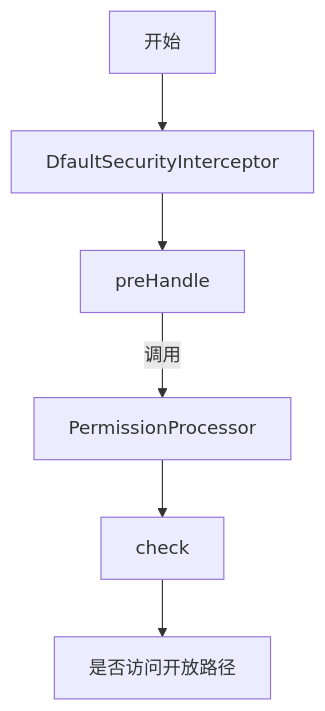
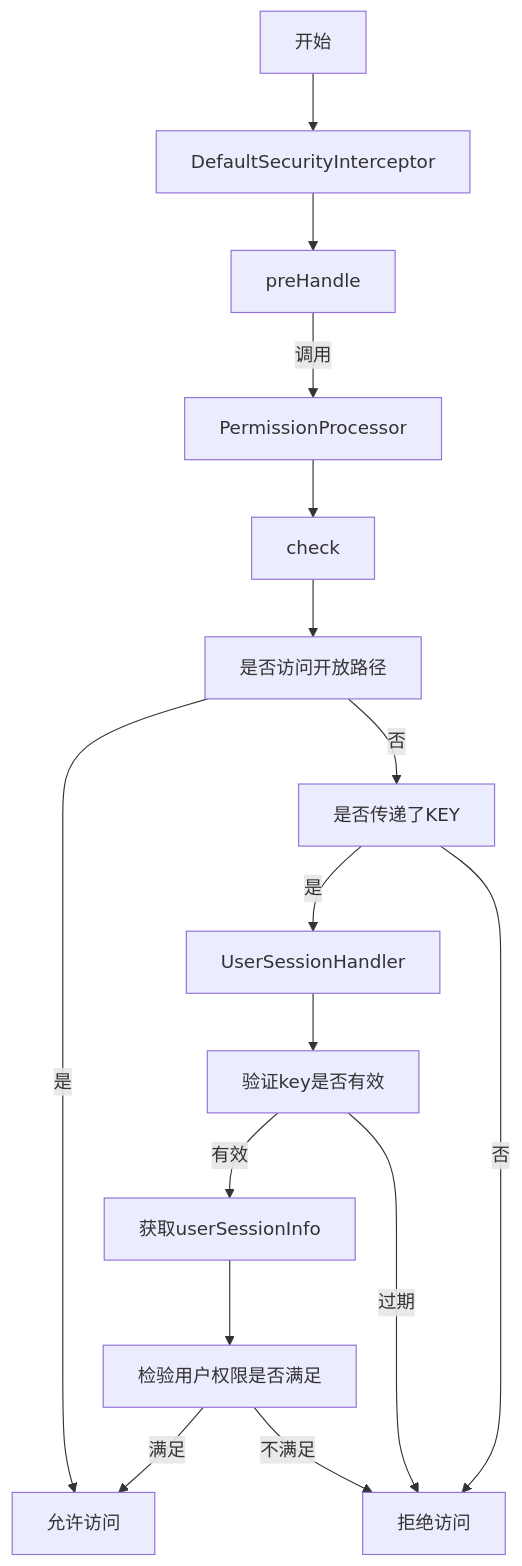
The fourth of 6 diagrams in 003.JavaWebTech/98.MissionLeeWebDemo/基础与权限架构.md (MissionLee/newnote), drawn with Mermaid before and after one commit. The commit also changed other lines of this file, not shown here.

Commit message:
mermaid of permission

````diff
--- a/003.JavaWebTech/98.MissionLeeWebDemo/基础与权限架构.md
+++ b/003.JavaWebTech/98.MissionLeeWebDemo/基础与权限架构.md
@@ -69,8 +66,18 @@
 ```mermaid
 graph TD;
-开始-->DfaultSecurityInterceptor
-DfaultSecurityInterceptor-->preHandle
+开始-->DefaultSecurityInterceptor
+DefaultSecurityInterceptor-->preHandle
 preHandle-->|调用|PermissionProcessor
 PermissionProcessor-->check
 check-->是否访问开放路径
+是否访问开放路径-->|是|允许访问
+是否访问开放路径-->|否|是否传递了KEY
+是否传递了KEY-->|是|UserSessionHandler
+是否传递了KEY-->|否|拒绝访问
+UserSessionHandler-->验证key是否有效
+验证key是否有效-->|有效|获取userSessionInfo
+验证key是否有效-->|过期|拒绝访问
+获取userSessionInfo-->检验用户权限是否满足
+检验用户权限是否满足-->|满足|允许访问
+检验用户权限是否满足-->|不满足|拒绝访问
 ```
````
